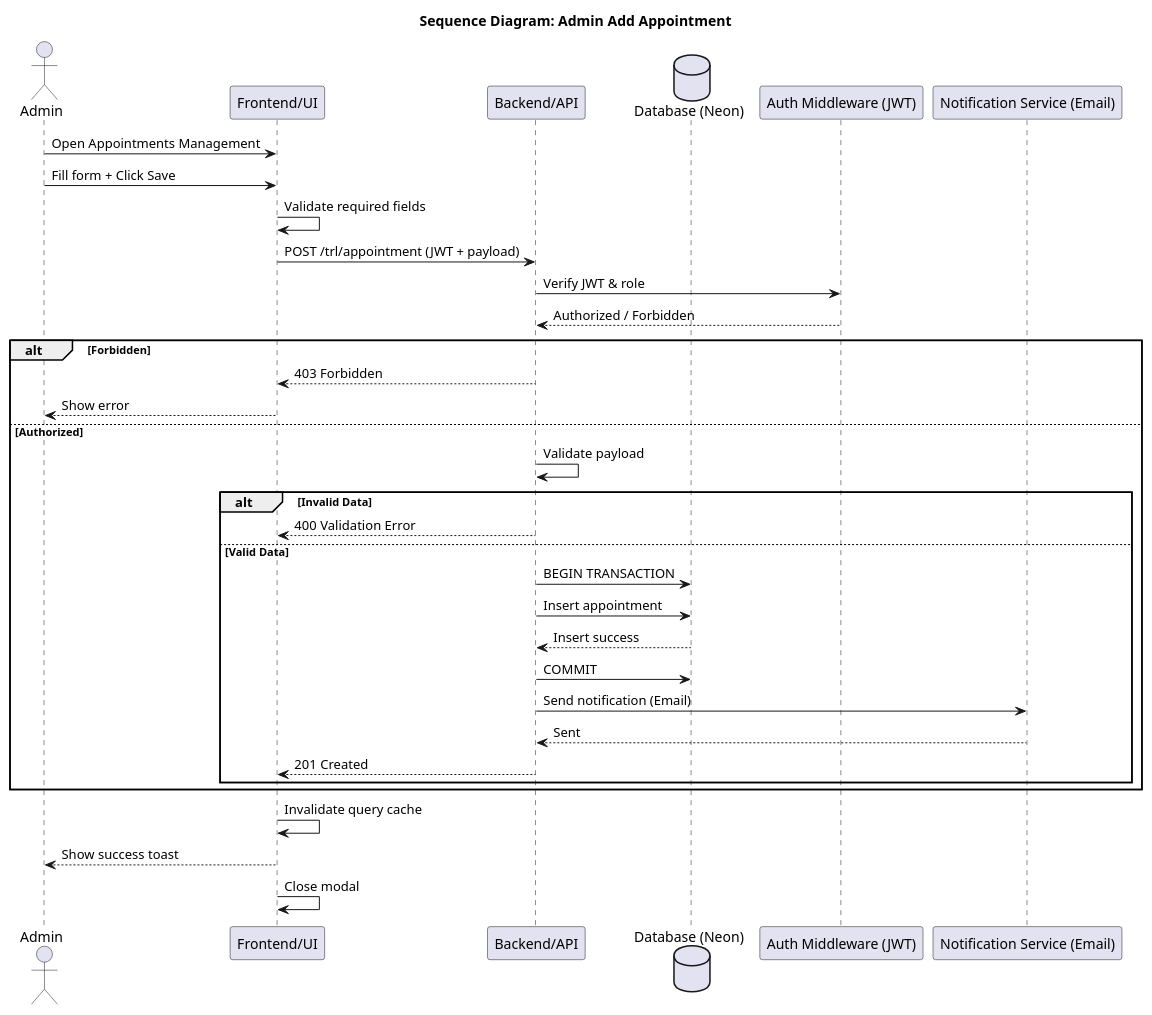
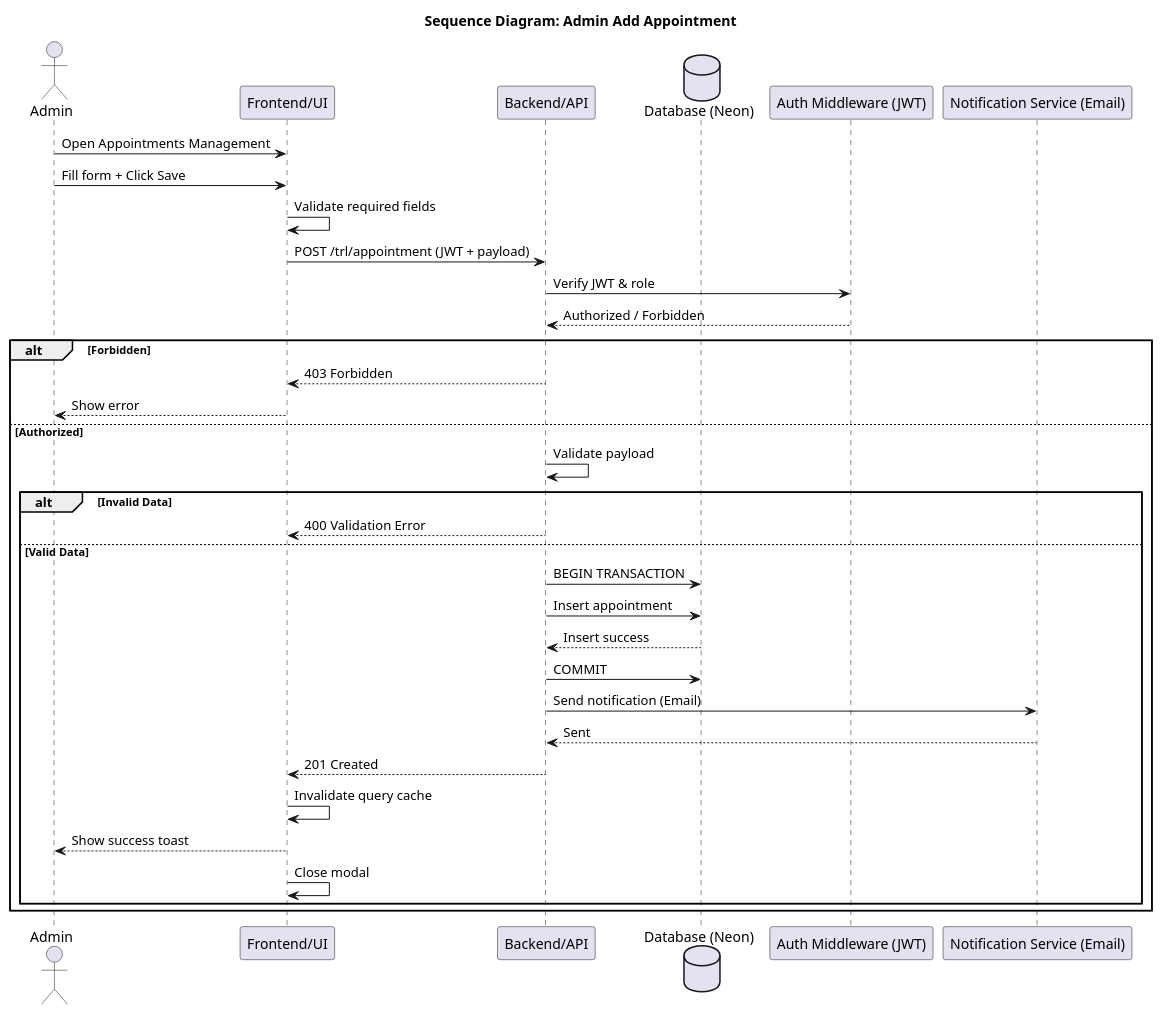
One commit to punyanuch-h/trl-research-frontend changed the diagram in sequence diagram/admin/admin_add_appointments.puml. Above: the diagram before and after it, drawn with PlantUML. The commit also changed 14 other files, not shown here.

```diff
--- a/sequence diagram/admin/admin_add_appointments.puml
+++ b/sequence diagram/admin/admin_add_appointments.puml
@@ -1,42 +1,41 @@
 @startuml
 title Sequence Diagram: Admin Add Appointment
 
 actor Admin
 participant "Frontend/UI" as UI
 participant "Backend/API" as API
 database "Database (Neon)" as DB
 participant "Auth Middleware (JWT)" as AUTH
 participant "Notification Service (Email)" as NOTI
 
 Admin -> UI: Open Appointments Management
 
 Admin -> UI: Fill form + Click Save
 UI -> UI: Validate required fields
 UI -> API: POST /trl/appointment (JWT + payload)
 
 API -> AUTH: Verify JWT & role
 AUTH --> API: Authorized / Forbidden
 
 alt Forbidden
     API --> UI: 403 Forbidden
     UI --> Admin: Show error
 else Authorized
     API -> API: Validate payload
     alt Invalid Data
         API --> UI: 400 Validation Error
     else Valid Data
         API -> DB: BEGIN TRANSACTION
         API -> DB: Insert appointment
         DB --> API: Insert success
         API -> DB: COMMIT
         API -> NOTI: Send notification (Email)
         NOTI --> API: Sent
         API --> UI: 201 Created
+        UI -> UI: Invalidate query cache
+        UI --> Admin: Show success toast
+        UI -> UI: Close modal
     end
 end
 
-UI -> UI: Invalidate query cache
-UI --> Admin: Show success toast
-UI -> UI: Close modal
-
 @enduml
```
